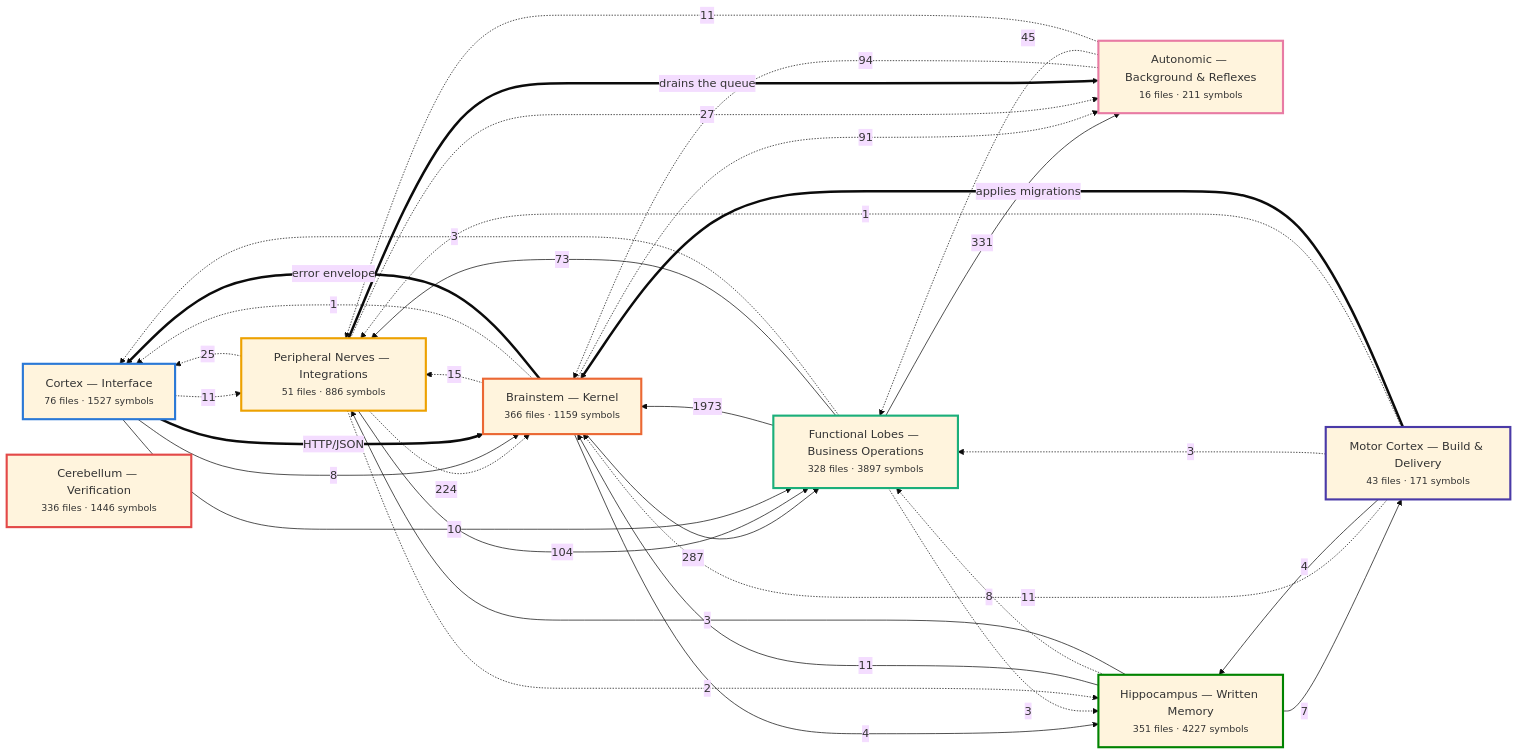
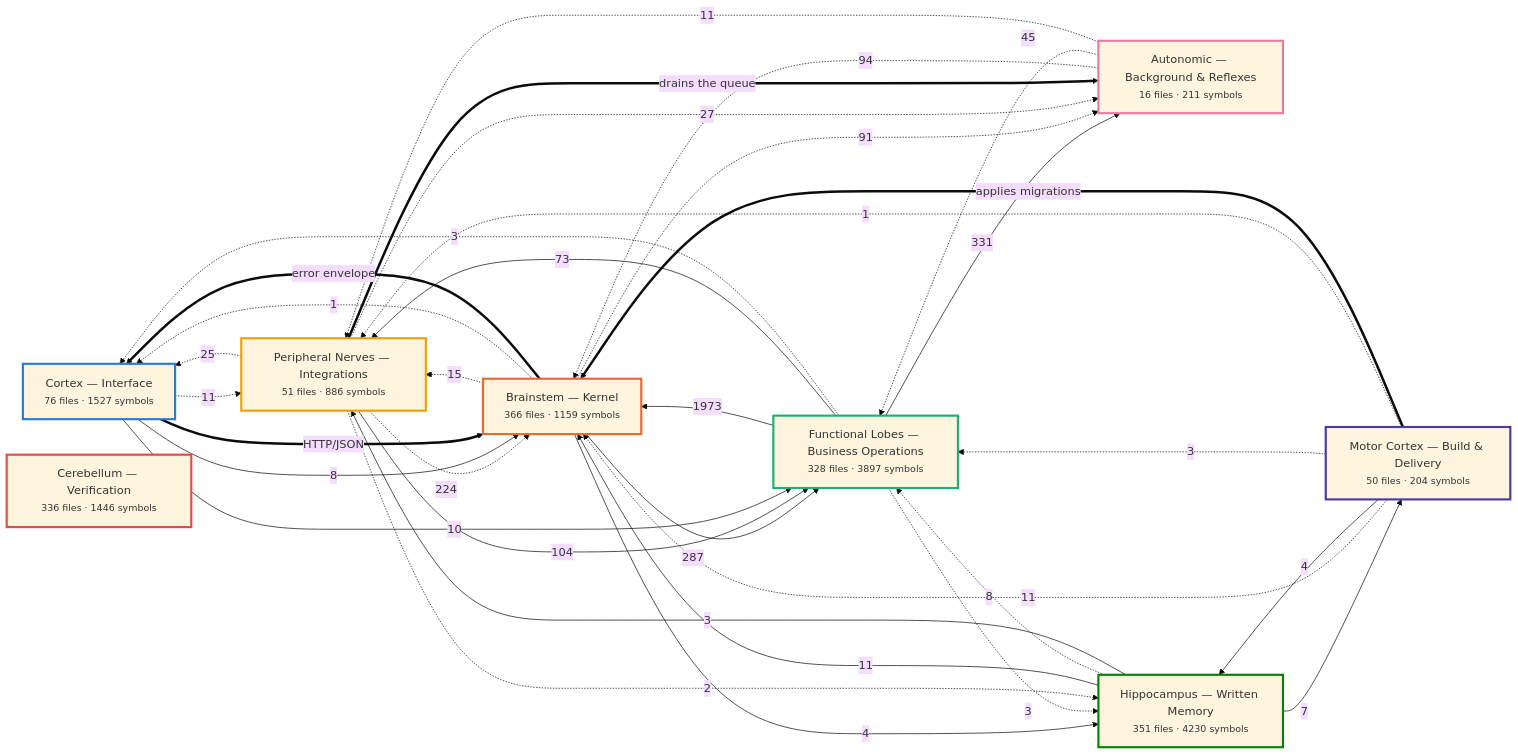
The first of 7 diagrams in docs/brain/BRAIN.md (Vishalnayak226/custom_erp), drawn with Mermaid (base theme) before and after one commit. The commit also changed other lines of this file and 37 other files, not shown here.

````diff
--- a/docs/brain/BRAIN.md
+++ b/docs/brain/BRAIN.md
@@ -35,60 +35,60 @@
 ```mermaid
 flowchart LR
   n_cortex["Cortex — Interface<br/><small>76 files · 1527 symbols</small>"]
   n_brainstem["Brainstem — Kernel<br/><small>366 files · 1159 symbols</small>"]
   n_business["Functional Lobes — Business Operations<br/><small>328 files · 3897 symbols</small>"]
   n_peripheral["Peripheral Nerves — Integrations<br/><small>51 files · 886 symbols</small>"]
   n_autonomic["Autonomic — Background & Reflexes<br/><small>16 files · 211 symbols</small>"]
-  n_memory["Hippocampus — Written Memory<br/><small>351 files · 4227 symbols</small>"]
-  n_motor["Motor Cortex — Build & Delivery<br/><small>43 files · 171 symbols</small>"]
+  n_memory["Hippocampus — Written Memory<br/><small>351 files · 4230 symbols</small>"]
+  n_motor["Motor Cortex — Build & Delivery<br/><small>50 files · 204 symbols</small>"]
   n_verification["Cerebellum — Verification<br/><small>336 files · 1446 symbols</small>"]
   n_business -->|1973| n_brainstem
   n_business -->|331| n_autonomic
   n_brainstem -->|287| n_business
   n_peripheral -.->|224| n_brainstem
   n_peripheral -->|104| n_business
   n_autonomic -.->|94| n_brainstem
   n_brainstem -.->|91| n_autonomic
   n_business -->|73| n_peripheral
   n_autonomic -.->|45| n_business
   n_peripheral -.->|27| n_autonomic
   n_peripheral -.->|25| n_cortex
   n_brainstem -.->|15| n_peripheral
   n_autonomic -.->|11| n_peripheral
   n_cortex -.->|11| n_peripheral
   n_memory -->|11| n_brainstem
   n_motor -.->|11| n_brainstem
   n_cortex -->|10| n_business
   n_cortex -->|8| n_brainstem
   n_memory -.->|8| n_business
   n_memory -->|7| n_motor
   n_brainstem -->|4| n_memory
   n_motor -->|4| n_memory
   n_business -.->|3| n_cortex
   n_business -.->|3| n_memory
   n_memory -->|3| n_peripheral
   n_motor -.->|3| n_business
   n_peripheral -.->|2| n_memory
   n_brainstem -.->|1| n_cortex
   n_motor -.->|1| n_peripheral
   n_brainstem ==>|error envelope| n_cortex
   n_cortex ==>|HTTP/JSON| n_brainstem
   n_motor ==>|applies migrations| n_brainstem
   n_peripheral ==>|drains the queue| n_autonomic
   classDef n_cortex stroke:#2a78d6,stroke-width:3px;
   class n_cortex n_cortex;
   classDef n_brainstem stroke:#eb6834,stroke-width:3px;
   class n_brainstem n_brainstem;
   classDef n_business stroke:#1baf7a,stroke-width:3px;
   class n_business n_business;
   classDef n_peripheral stroke:#eda100,stroke-width:3px;
   class n_peripheral n_peripheral;
   classDef n_autonomic stroke:#e87ba4,stroke-width:3px;
   class n_autonomic n_autonomic;
   classDef n_memory stroke:#008300,stroke-width:3px;
   class n_memory n_memory;
   classDef n_motor stroke:#4a3aa7,stroke-width:3px;
   class n_motor n_motor;
   classDef n_verification stroke:#e34948,stroke-width:3px;
   class n_verification n_verification;
 ```
````
